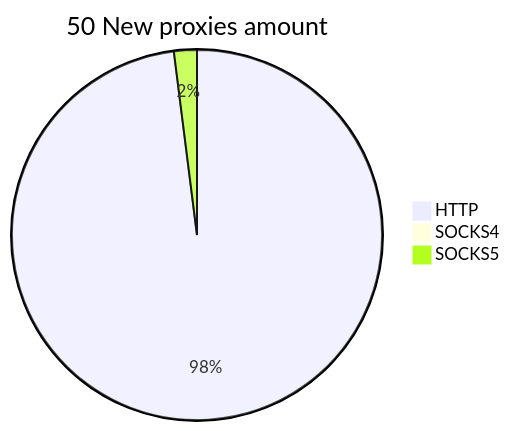
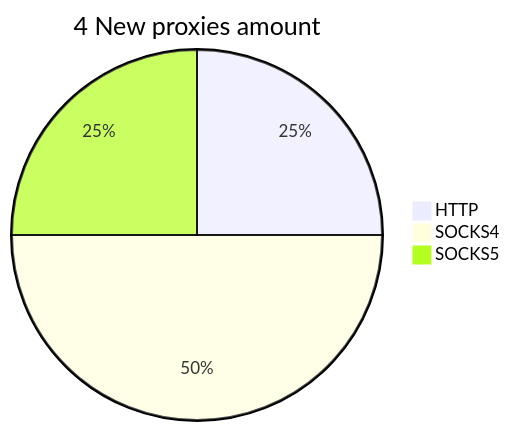
Before and after one commit to cutipu/proxylist: the second of 2 diagrams in README.md, drawn with Mermaid. The commit also changed other lines of this file, not shown here.

````diff
--- a/README.md
+++ b/README.md
@@ -10,6 +10,6 @@
 ```mermaid
-pie title 50 New proxies amount
-    "HTTP" : 49
-    "SOCKS4" : 0
+pie title 4 New proxies amount
+    "HTTP" : 1
+    "SOCKS4" : 2
     "SOCKS5" : 1
 ```
````
